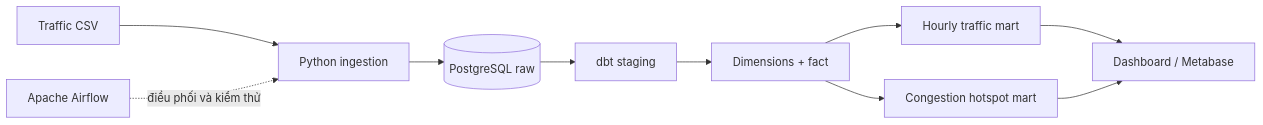
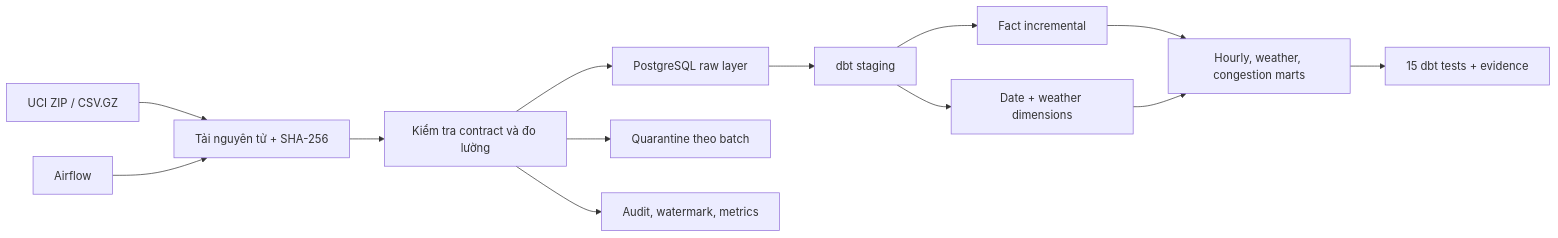
Before and after one commit to npgb2505/traffic-data-warehouse-local: the diagram in README.vi.md, drawn with Mermaid. The commit also changed other lines of this file and 34 other files, not shown here.

Commit message:
feat: build full UCI traffic warehouse

````diff
--- a/README.vi.md
+++ b/README.vi.md
@@ -13,12 +23,15 @@
 ```mermaid
 flowchart LR
-    A[Traffic CSV] --> B[Python ingestion]
-    B --> C[(PostgreSQL raw)]
-    C --> D[dbt staging]
-    D --> E[Dimensions + fact]
-    E --> F[Hourly traffic mart]
-    E --> G[Congestion hotspot mart]
-    F --> H[Dashboard / Metabase]
-    G --> H
-    I[Apache Airflow] -. điều phối và kiểm thử .-> B
+    A["UCI ZIP / CSV.GZ"] --> B["Tải nguyên tử + SHA-256"]
+    B --> C["Kiểm tra contract và đo lường"]
+    C --> R["PostgreSQL raw layer"]
+    C --> Q["Quarantine theo batch"]
+    R --> S["dbt staging"]
+    S --> F["Fact incremental"]
+    S --> D["Date + weather dimensions"]
+    F --> M["Hourly, weather, congestion marts"]
+    D --> M
+    M --> T["15 dbt tests + evidence"]
+    C --> O["Audit, watermark, metrics"]
+    AF["Airflow"] --> B
 ```
````
